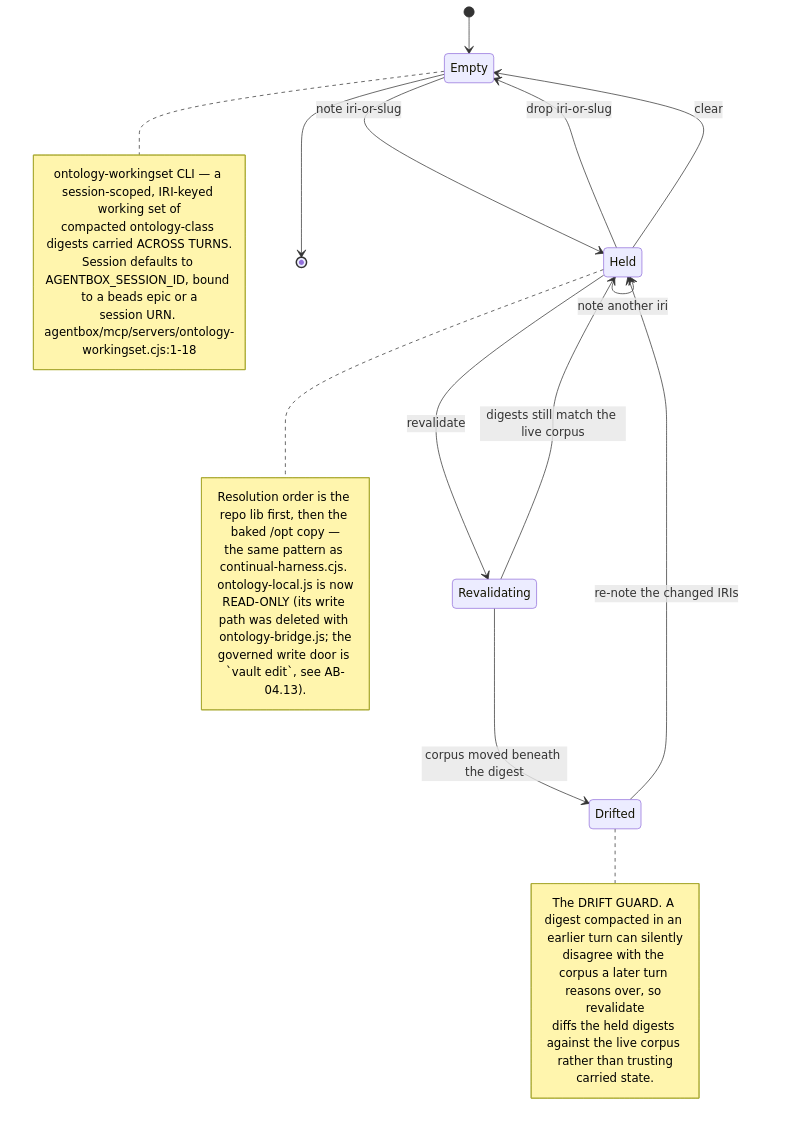
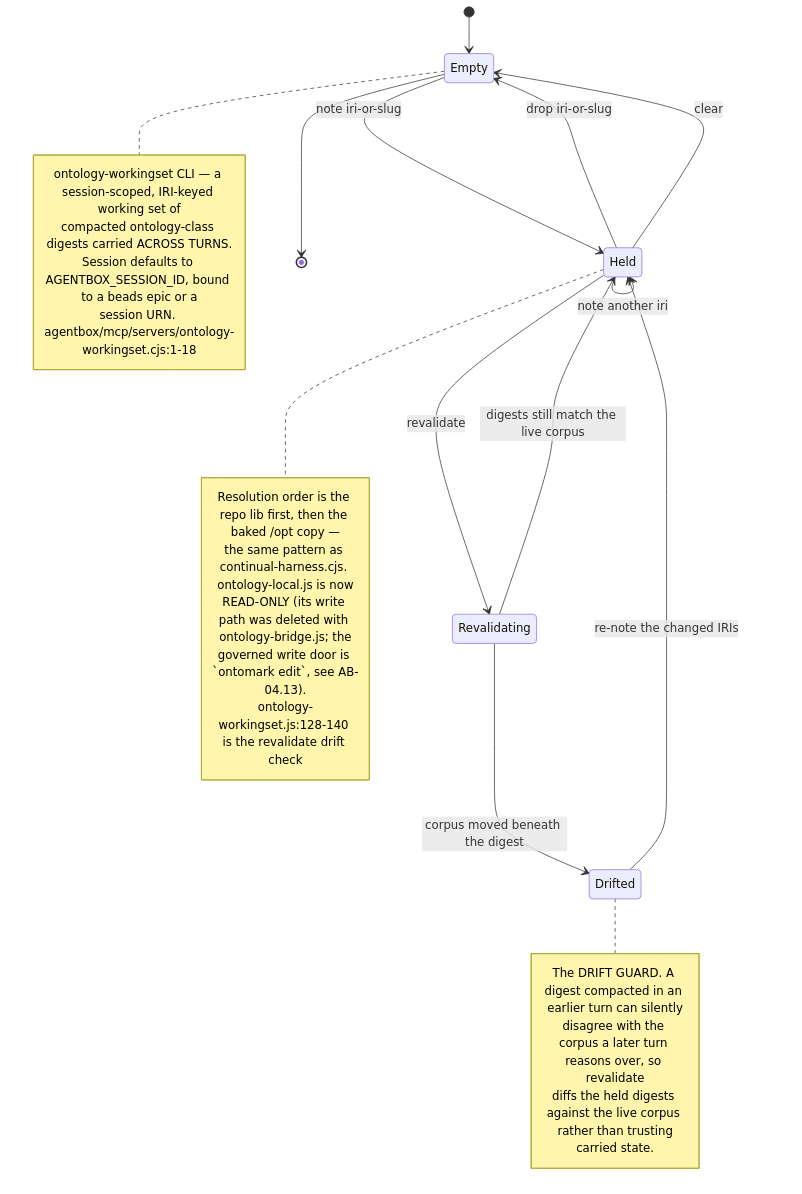
Before and after one commit to DreamLab-AI/VisionFlow: the third of 5 diagrams in docs/diagrams/agentbox/25-ontology-tools-and-governed-writes.md, drawn with Mermaid. The commit also changed other lines of this file and 173 other files, not shown here.

````diff
--- a/docs/diagrams/agentbox/25-ontology-tools-and-governed-writes.md
+++ b/docs/diagrams/agentbox/25-ontology-tools-and-governed-writes.md
@@ -127,33 +130,34 @@
 ```mermaid
 stateDiagram-v2
     [*] --> Empty
     Empty --> Held : note iri-or-slug
     note right of Empty
         ontology-workingset CLI — a session-scoped, IRI-keyed working set of
         compacted ontology-class digests carried ACROSS TURNS.
         Session defaults to AGENTBOX_SESSION_ID, bound to a beads epic or a
         session URN. agentbox/mcp/servers/ontology-workingset.cjs:1-18
     end note
     Held --> Held : get iri-or-slug
     Held --> Held : list
     Held --> Held : note another iri
     Held --> Revalidating : revalidate
     Revalidating --> Held : digests still match the live corpus
     Revalidating --> Drifted : corpus moved beneath the digest
     note right of Drifted
         The DRIFT GUARD. A digest compacted in an earlier turn can silently
         disagree with the corpus a later turn reasons over, so revalidate
         diffs the held digests against the live corpus rather than trusting
         carried state.
     end note
     Drifted --> Held : re-note the changed IRIs
     Held --> Empty : drop iri-or-slug
     Held --> Empty : clear
     Empty --> [*]
     note right of Held
         Resolution order is the repo lib first, then the baked /opt copy —
         the same pattern as continual-harness.cjs. ontology-local.js is now
         READ-ONLY (its write path was deleted with ontology-bridge.js; the
-        governed write door is `vault edit`, see AB-04.13).
+        governed write door is `ontomark edit`, see AB-04.13).
+        ontology-workingset.js:128-140 is the revalidate drift check
     end note
 ```
````
